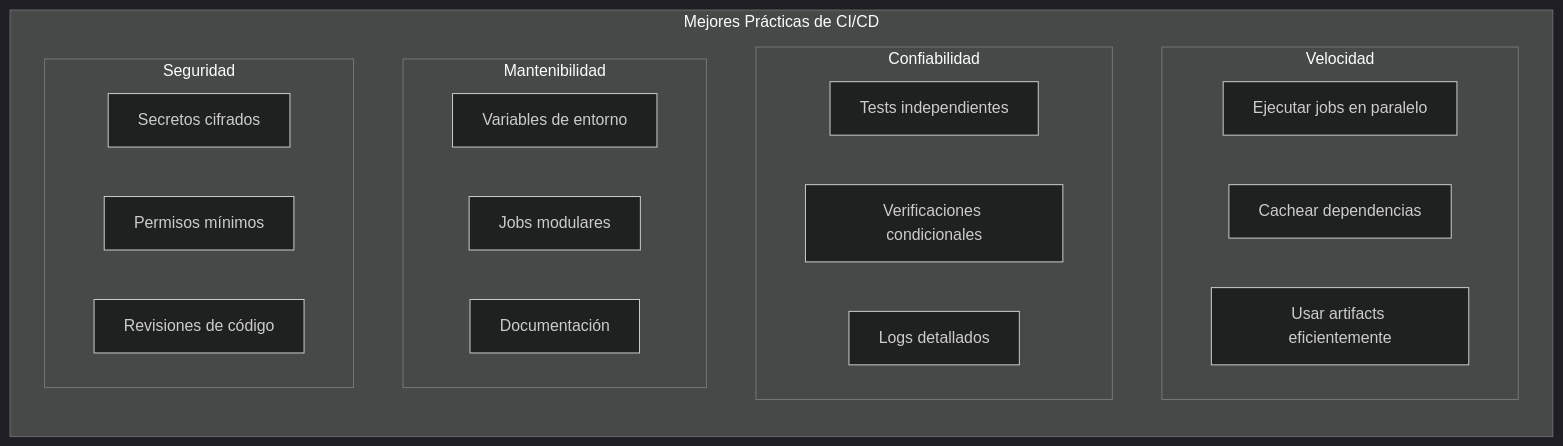
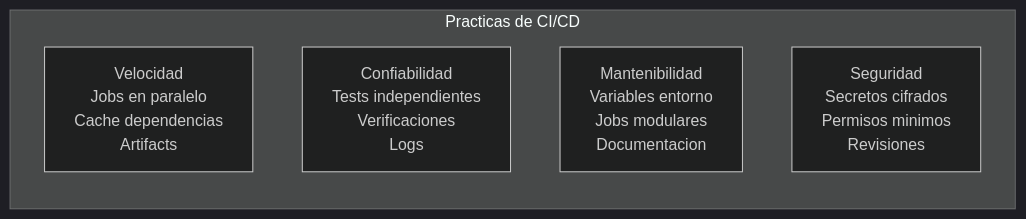
The seventh of 7 diagrams in doc/28-ci-cd.md (joseluisgs/TiendaDawApi-NetCore), drawn with Mermaid (dark theme) before and after one commit. The commit also changed other lines of this file, not shown here.

````diff
--- a/doc/28-ci-cd.md
+++ b/doc/28-ci-cd.md
@@ -685,30 +461,10 @@
 ```mermaid
 flowchart TB
-    subgraph BP["Mejores Prácticas de CI/CD"]
+    subgraph Practicas["Practicas de CI/CD"]
         direction TB
-        subgraph S1["Velocidad"]
-            direction LR
-            S1a[Ejecutar jobs en paralelo]
-            S1b[Cachear dependencias]
-            S1c[Usar artifacts eficientemente]
-        end
-        subgraph S2["Confiabilidad"]
-            direction LR
-            S2a[Tests independientes]
-            S2b[Verificaciones condicionales]
-            S2c[Logs detallados]
-        end
-        subgraph S3["Mantenibilidad"]
-            direction LR
-            S3a[Variables de entorno]
-            S3b[Jobs modulares]
-            S3c[Documentación]
-        end
-        subgraph S4["Seguridad"]
-            direction LR
-            S4a[Secretos cifrados]
-            S4b[Permisos mínimos]
-            S4c[Revisiones de código]
-        end
+        V[Velocidad<br/>Jobs en paralelo<br/>Cache dependencias<br/>Artifacts]
+        C[Confiabilidad<br/>Tests independientes<br/>Verificaciones<br/>Logs]
+        M[Mantenibilidad<br/>Variables entorno<br/>Jobs modulares<br/>Documentacion]
+        S[Seguridad<br/>Secretos cifrados<br/>Permisos minimos<br/>Revisiones]
     end
 ```
````
